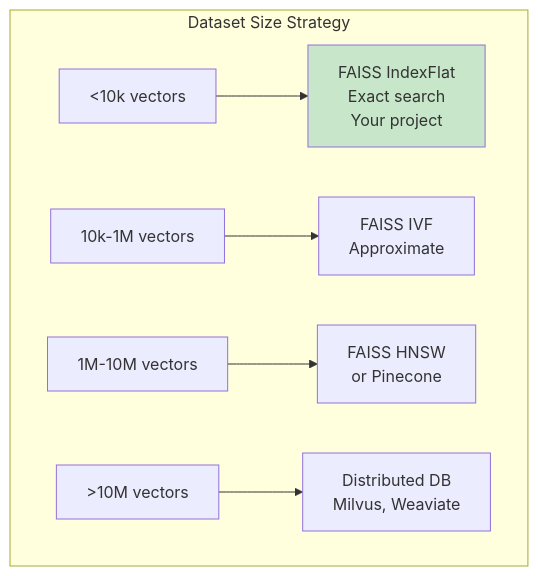
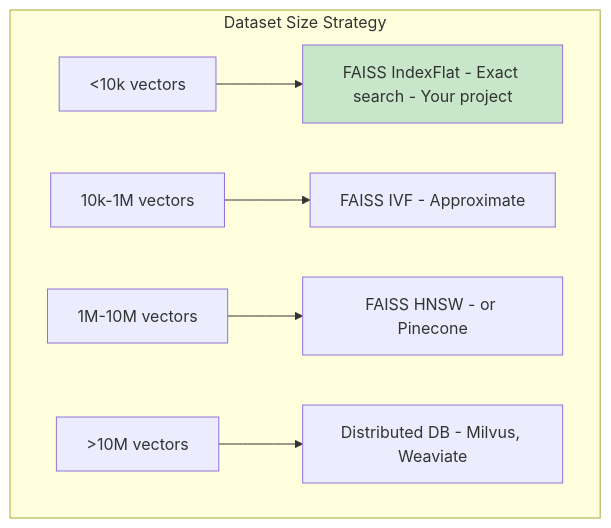
Before and after one commit to indhra/llm_rag_sec_findings: the ninth of 10 diagrams in docs/learning/04-vector-databases.md, drawn with Mermaid. The commit also changed other lines of this file and 9 other files, not shown here.

````diff
--- a/docs/learning/04-vector-databases.md
+++ b/docs/learning/04-vector-databases.md
@@ -367,11 +367,11 @@
 ```mermaid
 graph TD
     subgraph "Dataset Size Strategy"
-        S1[<10k vectors] --> A1[FAISS IndexFlat<br/>Exact search<br/>Your project]
-        S2[10k-1M vectors] --> A2[FAISS IVF<br/>Approximate]
-        S3[1M-10M vectors] --> A3[FAISS HNSW<br/>or Pinecone]
-        S4[>10M vectors] --> A4[Distributed DB<br/>Milvus, Weaviate]
+        S1[<10k vectors] --> A1[FAISS IndexFlat - Exact search - Your project]
+        S2[10k-1M vectors] --> A2[FAISS IVF - Approximate]
+        S3[1M-10M vectors] --> A3[FAISS HNSW - or Pinecone]
+        S4[>10M vectors] --> A4[Distributed DB - Milvus, Weaviate]
     end
     
     style A1 fill:#c8e6c9
 ```
````
